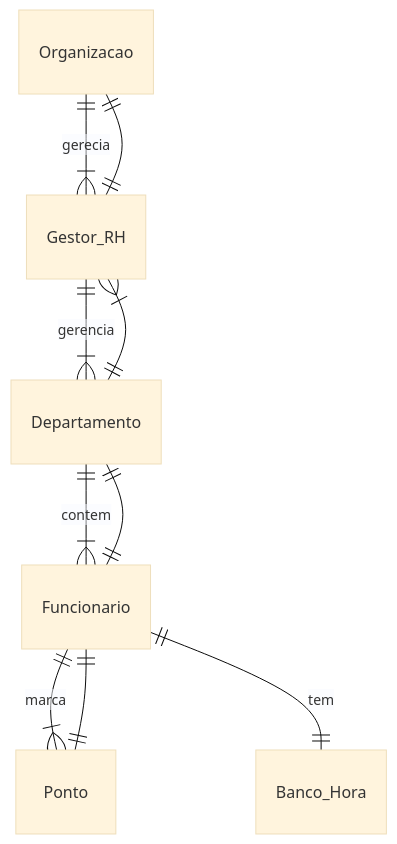
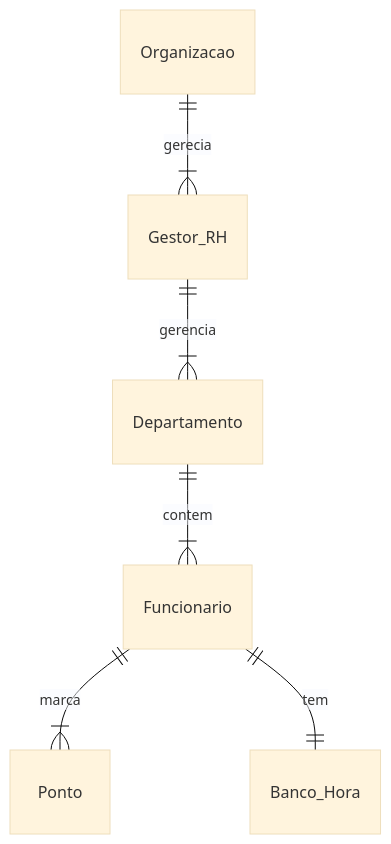
The second of 2 diagrams in docs/documento_modelos.md (Brunowcst/sistemadecontroledepontos), drawn with Mermaid (base theme) before and after one commit.

Commit message:
FIX AGAIN 2: ER Diagram

````diff
--- a/docs/documento_modelos.md
+++ b/docs/documento_modelos.md
@@ -49,12 +49,8 @@
 ```mermaid
 erDiagram
     Organizacao ||--|{ Gestor_RH : gerecia
-    Gestor_RH ||--|| Organizacao : ""
     Gestor_RH ||--|{ Departamento : gerencia
-    Departamento ||--|{ Gestor_RH : ""
     Departamento ||--|{ Funcionario : contem
-    Funcionario ||--|| Departamento : ""
     Funcionario ||--|{ Ponto: marca
-    Ponto ||--|| Funcionario : ""
     Funcionario||--|| Banco_Hora : tem
 ```
````
